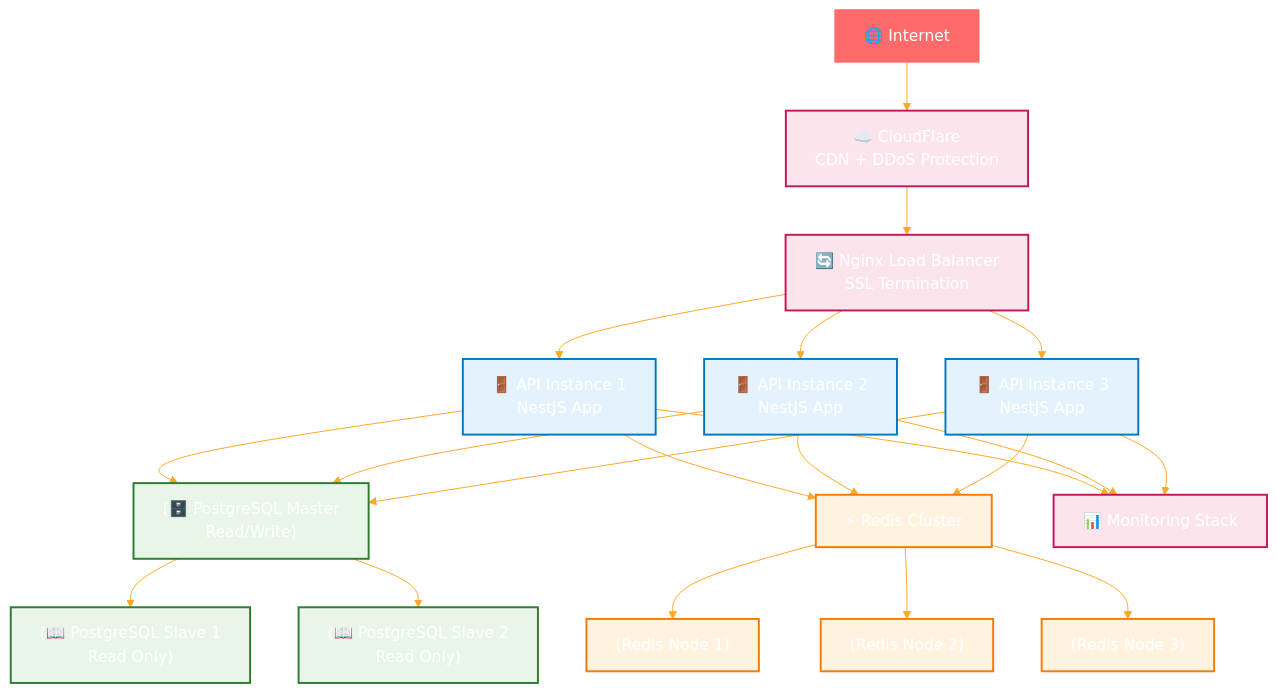
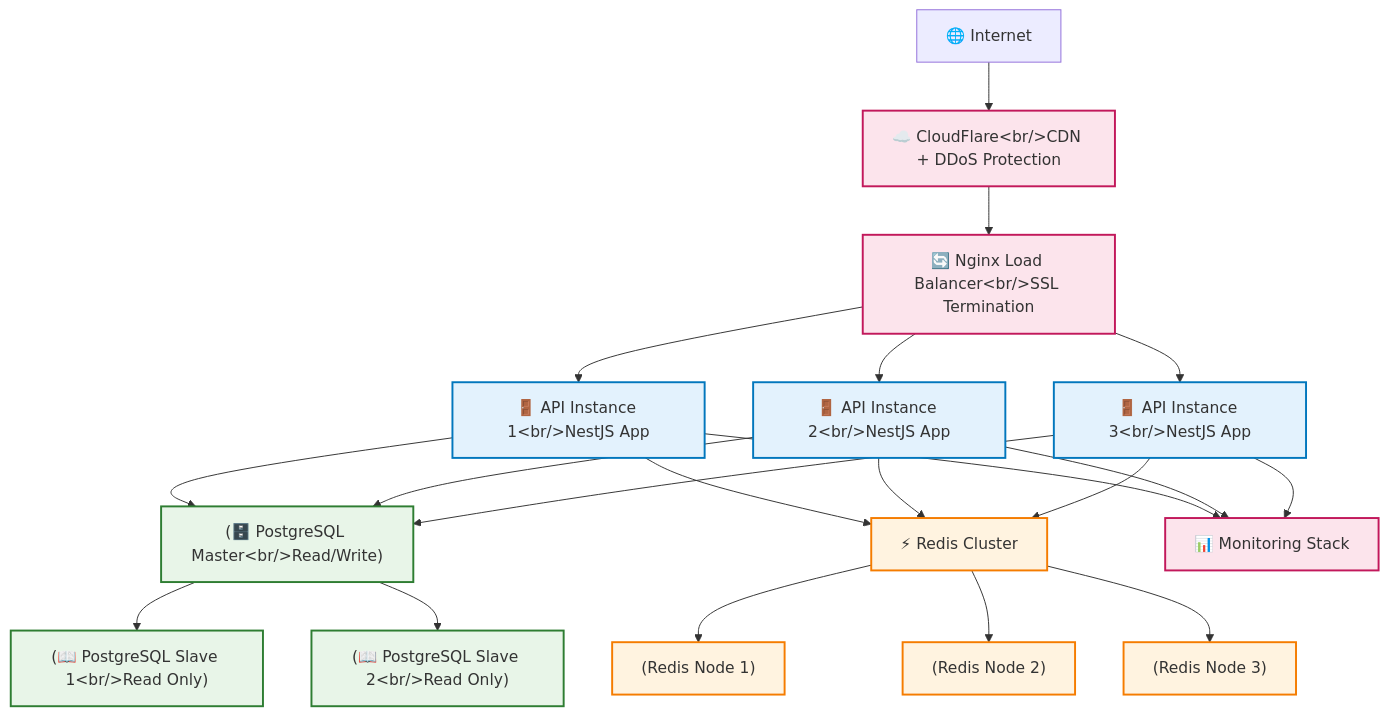
One commit to abdoElHodaky/transportapp changed the fourth of 7 diagrams in docs/architecture/system-overview.md. Above: the diagram before and after it, drawn with Mermaid. The commit also changed other lines of this file and 10 other files, not shown here.

````diff
--- a/docs/architecture/system-overview.md
+++ b/docs/architecture/system-overview.md
@@ -271,46 +291,51 @@
 ```mermaid
-%%{init: {'theme':'base', 'themeVariables': {'primaryColor':'#ff6b6b','primaryTextColor':'#fff','primaryBorderColor':'#ff6b6b','lineColor':'#ffa726','sectionBkgColor':'#ff6b6b','altSectionBkgColor':'#fff','gridColor':'#fff','secondaryColor':'#006100','tertiaryColor':'#fff'}}}%%
+%% {init : {'theme':'base', 'themeVariables': {'primaryColor':'#ff6b6b', 'primaryTextColor':'#fff','primaryBorderColor':'#ff6b6b','lineColor':'#ffa726','sectionBkgColor':'#ff6b6b','altSectionBkgColor':'#fff','gridColor':'#fff','secondaryColor':'#006100','tertiaryColor':'#fff'}}}%% 
 graph TB
-    %% Internet
-    INT["🌐 Internet"] --> CF["☁️ CloudFlare<br/>CDN + DDoS Protection"]
+    %%  Internet
+    INT["🌐 Internet"] --> CF["☁️ CloudFlare&lt;br/&gt;CDN + DDoS Protection"]
     
-    %% Load Balancer
-    CF --> LB["🔄 Nginx Load Balancer<br/>SSL Termination"]
+    %%  Load Balancer
+    CF --> LB["🔄 Nginx Load Balancer&lt;br/&gt;SSL Termination"]
     
-    %% Application Instances
-    LB --> APP1["🚪 API Instance 1<br/>NestJS App"]
-    LB --> APP2["🚪 API Instance 2<br/>NestJS App"]
-    LB --> APP3["🚪 API Instance 3<br/>NestJS App"]
+    %%  Application Instances
+    LB --> APP1["🚪 API Instance 1&lt;br/&gt;NestJS App"]
+    LB --> APP2["🚪 API Instance 2&lt;br/&gt;NestJS App"]
+    LB --> APP3["🚪 API Instance 3&lt;br/&gt;NestJS App"]
     
-    %% Database Cluster
-    APP1 --> DBM["(🗄️ PostgreSQL Master<br/>Read/Write)"]
+    %%  Database Cluster
+    APP1 --> DBM["(🗄️ PostgreSQL Master&lt;br/&gt;Read/Write)"]
     APP2 --> DBM
     APP3 --> DBM
     
-    DBM --> DBS1["(📖 PostgreSQL Slave 1<br/>Read Only)"]
-    DBM --> DBS2["(📖 PostgreSQL Slave 2<br/>Read Only)"]
+    DBM --> DBS1["(📖 PostgreSQL Slave 1&lt;br/&gt;Read Only)"]
+    DBM --> DBS2["(📖 PostgreSQL Slave 2&lt;br/&gt;Read Only)"]
     
-    %% Redis Cluster
+    %%  Redis Cluster
     APP1 --> RC["⚡ Redis Cluster"]
     APP2 --> RC
     APP3 --> RC
     
     RC --> R1["(Redis Node 1)"]
     RC --> R2["(Redis Node 2)"]
     RC --> R3["(Redis Node 3)"]
     
-    %% Monitoring
+    %%  Monitoring
     APP1 --> MON["📊 Monitoring Stack"]
     APP2 --> MON
     APP3 --> MON
     
-    classDef app fill:#e3f2fd,stroke:#0277bd,stroke-width:2px;
-    classDef db fill:#e8f5e8,stroke:#2e7d32,stroke-width:2px;
-    classDef cache fill:#fff3e0,stroke:#f57c00,stroke-width:2px;
-    classDef infra fill:#fce4ec,stroke:#c2185b,stroke-width:2px;
+    classDef app fill : #e3f2fd, stroke:#0277bd, stroke-width: 2px;
+    
+    classDef db fill : #e8f5e8, stroke:#2e7d32, stroke-width: 2px;
+    
+    classDef cache fill : #fff3e0, stroke:#f57c00, stroke-width: 2px;
+    
+    classDef infra fill : #fce4ec, stroke:#c2185b, stroke-width: 2px;
+    
     
     class APP1,APP2,APP3 app;
     class DBM,DBS1,DBS2 db;
     class RC,R1,R2,R3 cache;
     class CF,LB,MON infra;
+
 ```
````
